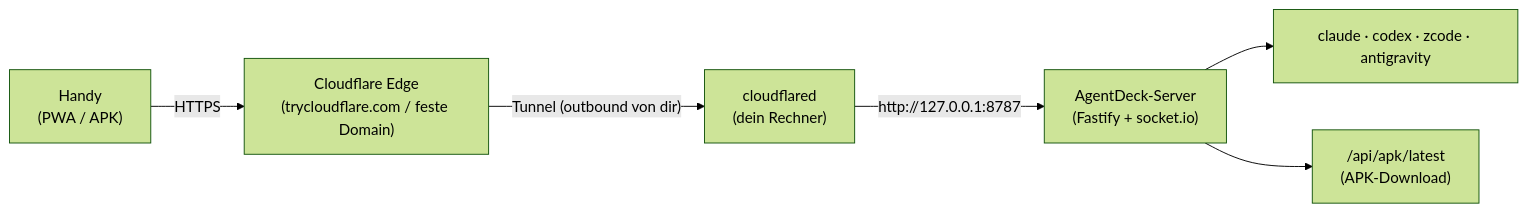
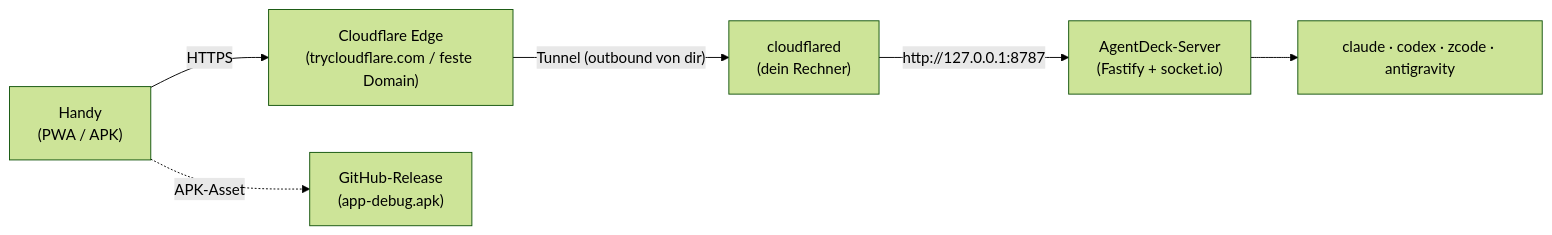
Before and after one commit to Ninjalama1337/agentdeck: the diagram in docs/REMOTE.md, drawn with Mermaid (forest theme). The commit also changed other lines of this file and 35 other files, not shown here.

First line of the commit message:
APK: distribute from the public GitHub release, drop server hosting

````diff
--- a/docs/REMOTE.md
+++ b/docs/REMOTE.md
@@ -219,8 +198,8 @@
 ```mermaid
 flowchart LR
     H["Handy<br/>(PWA / APK)"] -- "HTTPS" --> E["Cloudflare Edge<br/>(trycloudflare.com / feste Domain)"]
     E -- "Tunnel (outbound von dir)" --> C["cloudflared<br/>(dein Rechner)"]
     C -- "http://127.0.0.1:8787" --> A["AgentDeck-Server<br/>(Fastify + socket.io)"]
     A --> G["claude · codex · zcode · antigravity"]
-    A --> APK["/api/apk/latest<br/>(APK-Download)"]
+    H -. "APK-Asset" .-> GH["GitHub-Release<br/>(app-debug.apk)"]
 ```
````
